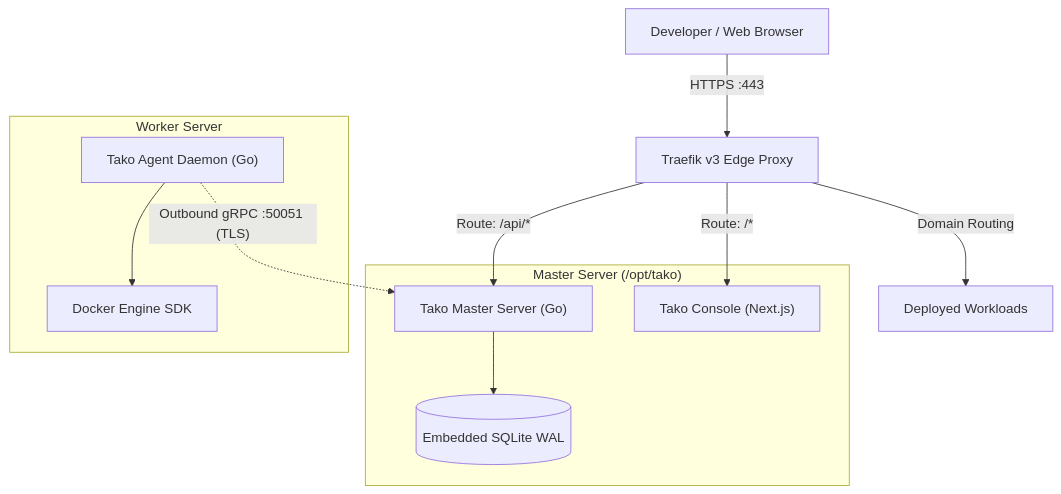
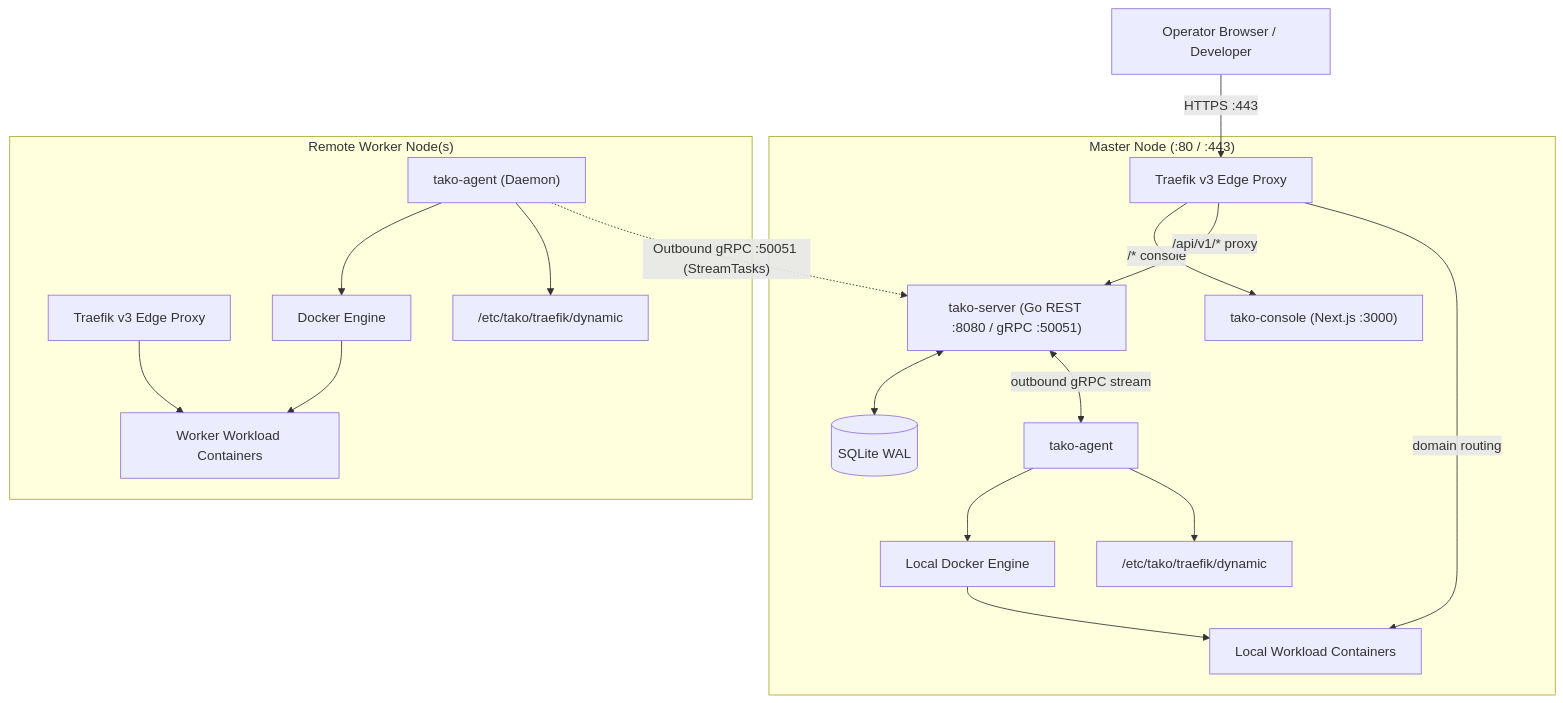
One commit to gettako/tako changed the diagram in docs/introduction.mdx. Above: the diagram before and after it, drawn with Mermaid. The commit also changed other lines of this file and 34 other files, not shown here.

````diff
--- a/docs/introduction.mdx
+++ b/docs/introduction.mdx
@@ -23,22 +26,30 @@
 ```mermaid
 flowchart TD
-    Client["Developer / Web Browser"] -->|HTTPS :443| Ingress["Traefik v3 Edge Proxy"]
-    Ingress -->|Route: /api/*| MasterServer["Tako Master Server (Go)"]
-    Ingress -->|Route: /*| MasterConsole["Tako Console (Next.js)"]
-    Ingress -->|Domain Routing| Apps["Deployed Workloads"]
+    Browser["Operator Browser / Developer"] -->|"HTTPS :443"| Edge["Traefik v3 Edge Proxy"]
 
-    subgraph MasterNode["Master Server (/opt/tako)"]
-        MasterServer
-        MasterConsole
-        DB[("Embedded SQLite WAL")]
-        MasterServer --> DB
+    subgraph MasterNode["Master Node (:80 / :443)"]
+        Edge -->|"/* console"| Console["tako-console (Next.js :3000)"]
+        Edge -->|"/api/v1/* proxy"| Server["tako-server (Go REST :8080 / gRPC :50051)"]
+        Edge -->|"domain routing"| LocalApps["Local Workload Containers"]
+        Server <--> DB[("SQLite WAL")]
+        Server <-->|"outbound gRPC stream"| LocalAgent["tako-agent"]
+        LocalAgent --> LocalDocker["Local Docker Engine"]
+        LocalAgent --> LocalTraefik["/etc/tako/traefik/dynamic"]
+        LocalDocker --> LocalApps
     end
 
-    subgraph WorkerNode["Worker Server"]
-        Agent["Tako Agent Daemon (Go)"]
-        DockerEngine["Docker Engine SDK"]
-        Agent --> DockerEngine
+    subgraph WorkerNode["Remote Worker Node(s)"]
+        WorkerEdge["Traefik v3 Edge Proxy"]
+        WorkerAgent["tako-agent (Daemon)"]
+        WorkerDocker["Docker Engine"]
+        WorkerTraefik["/etc/tako/traefik/dynamic"]
+        WorkerApps["Worker Workload Containers"]
+
+        WorkerAgent --> WorkerDocker
+        WorkerAgent --> WorkerTraefik
+        WorkerDocker --> WorkerApps
+        WorkerEdge --> WorkerApps
     end
 
-    Agent -.->|"Outbound gRPC :50051 (TLS)"| MasterServer
+    WorkerAgent -.->|"Outbound gRPC :50051 (StreamTasks)"| Server
 ```
````
